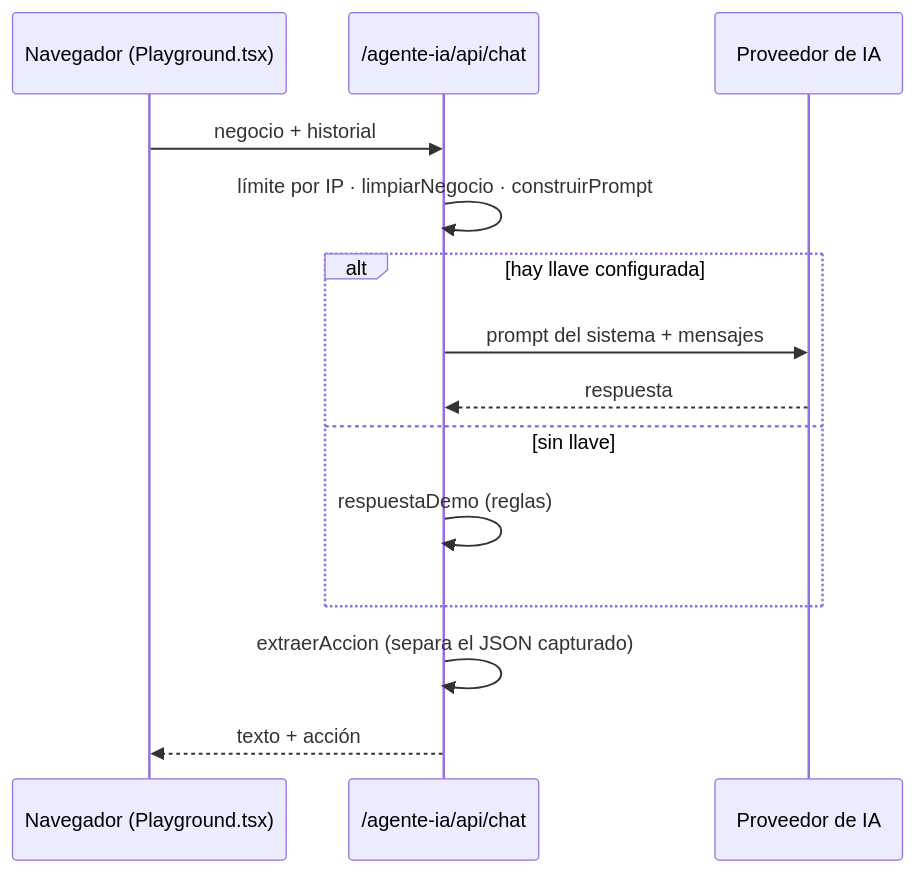
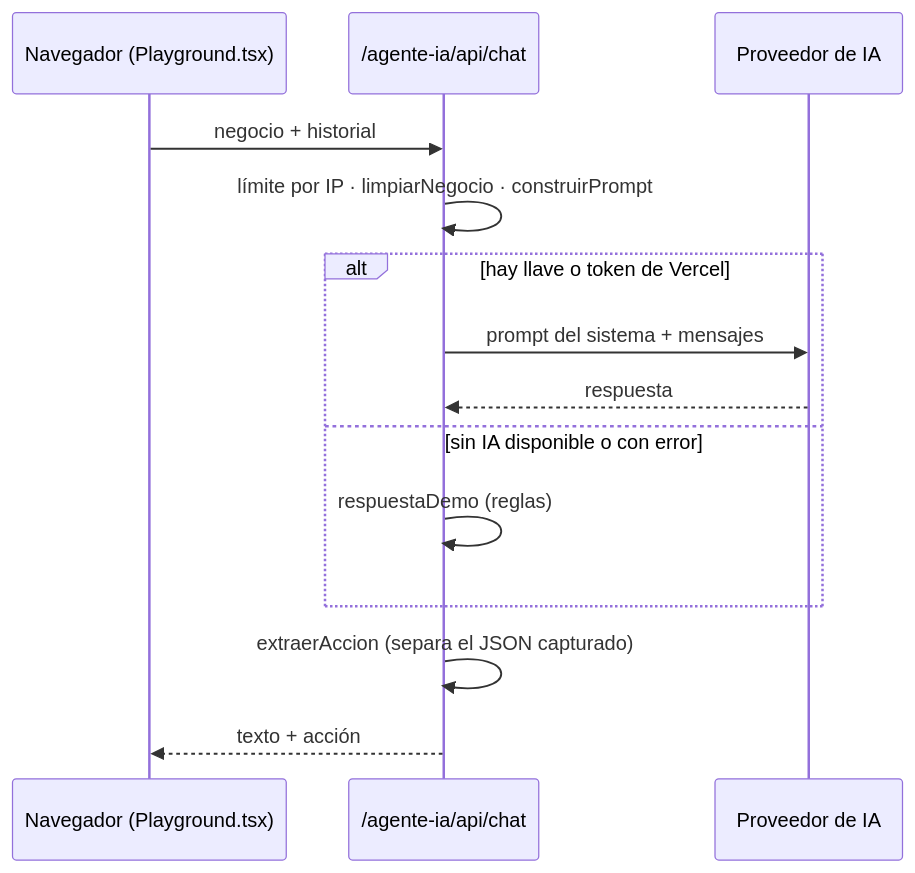
Before and after one commit to TotalSecurity-SH/agente-ia-playground: the diagram in README.md, drawn with Mermaid. The commit also changed other lines of this file and 3 other files, not shown here.

Commit message:
IA real con Vercel AI Gateway y respaldo automático a modo demostración

````diff
--- a/README.md
+++ b/README.md
@@ -33,16 +33,16 @@
 ```mermaid
 sequenceDiagram
   participant N as Navegador (Playground.tsx)
   participant A as /agente-ia/api/chat
   participant L as Proveedor de IA
   N->>A: negocio + historial
   A->>A: límite por IP · limpiarNegocio · construirPrompt
-  alt hay llave configurada
+  alt hay llave o token de Vercel
     A->>L: prompt del sistema + mensajes
     L-->>A: respuesta
-  else sin llave
+  else sin IA disponible o con error
     A->>A: respuestaDemo (reglas)
   end
   A->>A: extraerAccion (separa el JSON capturado)
   A-->>N: texto + acción
 ```
````
